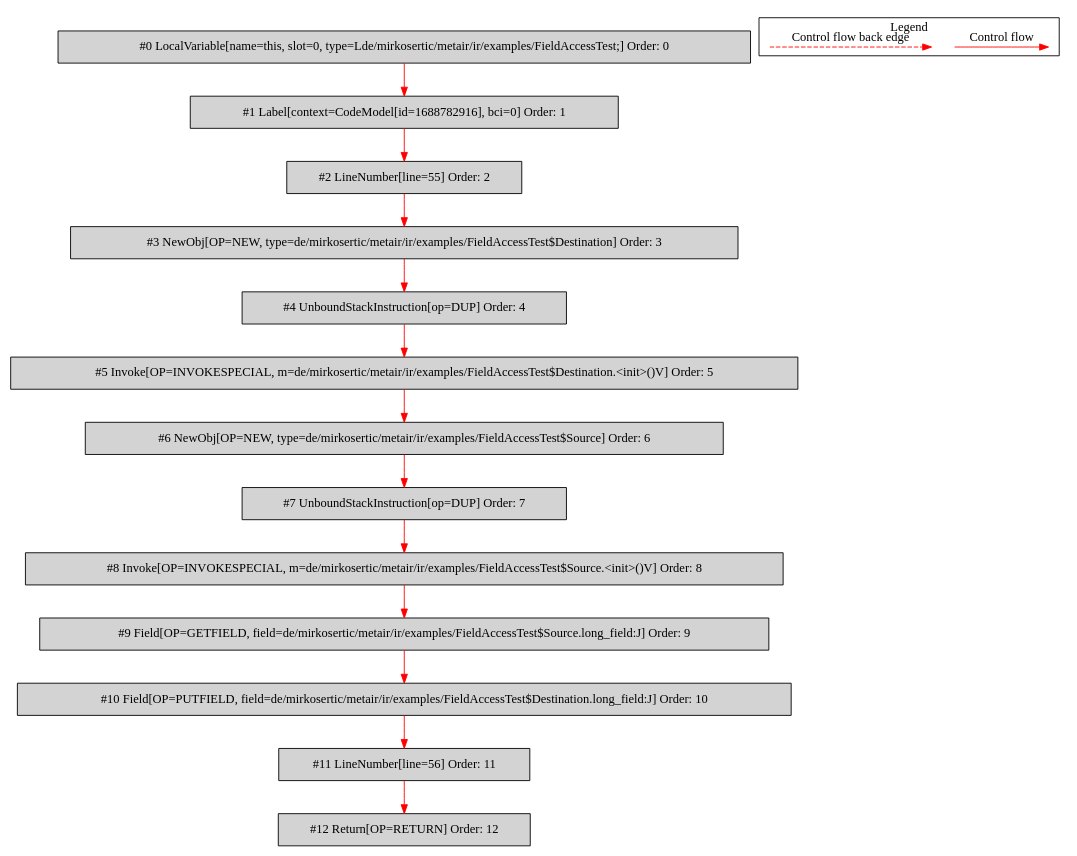
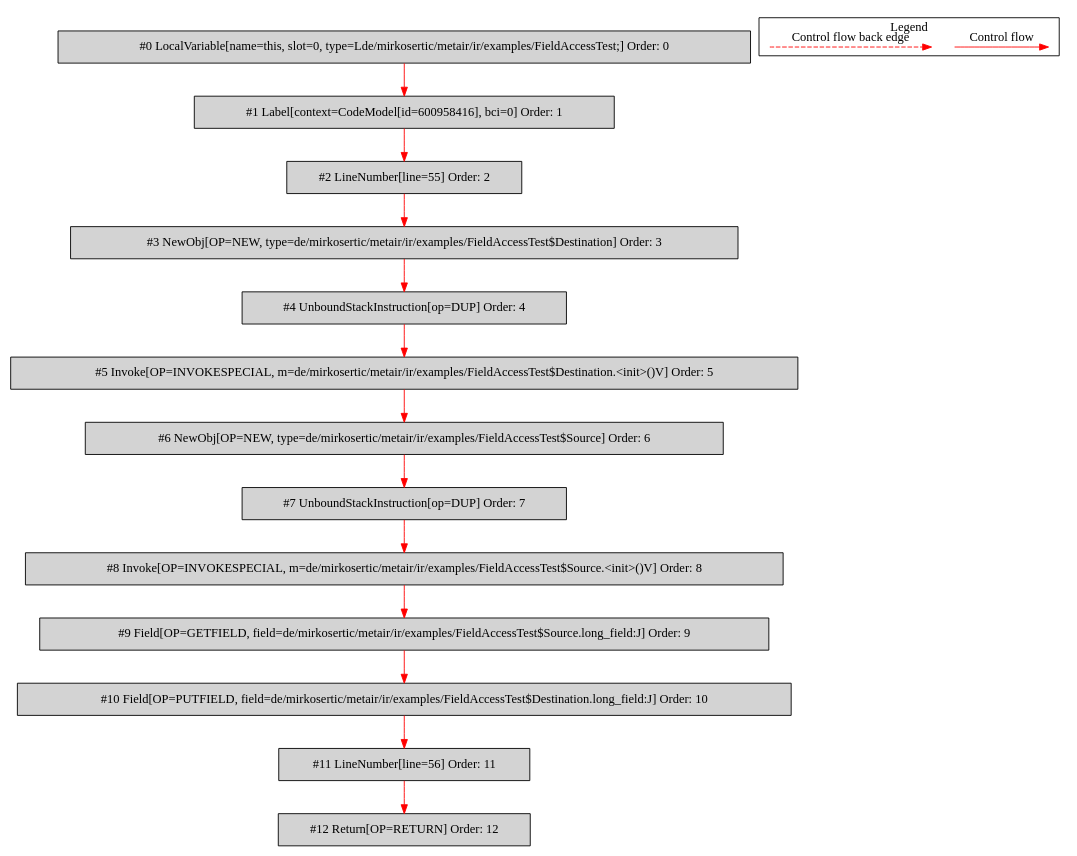
The diagram in de.mirkosertic.metair.ir.examples.FieldAccessTest/copy_long/bytecodecfg.dot (mirkosertic/MetaIR), drawn with Graphviz before and after one commit. The commit also changed 77 other files, not shown here.

```diff
--- a/de.mirkosertic.metair.ir.examples.FieldAccessTest/copy_long/bytecodecfg.dot
+++ b/de.mirkosertic.metair.ir.examples.FieldAccessTest/copy_long/bytecodecfg.dot
@@ -1,41 +1,41 @@
 digraph {
  node0[label="#0 LocalVariable[name=this, slot=0, type=Lde/mirkosertic/metair/ir/examples/FieldAccessTest;] Order: 0", shape=box, fillcolor=lightgrey, style=filled];
- node1[label="#1 Label[context=CodeModel[id=1688782916], bci=0] Order: 1", shape=box, fillcolor=lightgrey, style=filled];
+ node1[label="#1 Label[context=CodeModel[id=600958416], bci=0] Order: 1", shape=box, fillcolor=lightgrey, style=filled];
  node2[label="#2 LineNumber[line=55] Order: 2", shape=box, fillcolor=lightgrey, style=filled];
  node3[label="#3 NewObj[OP=NEW, type=de/mirkosertic/metair/ir/examples/FieldAccessTest$Destination] Order: 3", shape=box, fillcolor=lightgrey, style=filled];
  node4[label="#4 UnboundStackInstruction[op=DUP] Order: 4", shape=box, fillcolor=lightgrey, style=filled];
  node5[label="#5 Invoke[OP=INVOKESPECIAL, m=de/mirkosertic/metair/ir/examples/FieldAccessTest$Destination.<init>()V] Order: 5", shape=box, fillcolor=lightgrey, style=filled];
  node6[label="#6 NewObj[OP=NEW, type=de/mirkosertic/metair/ir/examples/FieldAccessTest$Source] Order: 6", shape=box, fillcolor=lightgrey, style=filled];
  node7[label="#7 UnboundStackInstruction[op=DUP] Order: 7", shape=box, fillcolor=lightgrey, style=filled];
  node8[label="#8 Invoke[OP=INVOKESPECIAL, m=de/mirkosertic/metair/ir/examples/FieldAccessTest$Source.<init>()V] Order: 8", shape=box, fillcolor=lightgrey, style=filled];
  node9[label="#9 Field[OP=GETFIELD, field=de/mirkosertic/metair/ir/examples/FieldAccessTest$Source.long_field:J] Order: 9", shape=box, fillcolor=lightgrey, style=filled];
  node10[label="#10 Field[OP=PUTFIELD, field=de/mirkosertic/metair/ir/examples/FieldAccessTest$Destination.long_field:J] Order: 10", shape=box, fillcolor=lightgrey, style=filled];
  node11[label="#11 LineNumber[line=56] Order: 11", shape=box, fillcolor=lightgrey, style=filled];
  node12[label="#12 Return[OP=RETURN] Order: 12", shape=box, fillcolor=lightgrey, style=filled];
  node0 -> node1[color=red];
  node1 -> node2[color=red];
  node2 -> node3[color=red];
  node3 -> node4[color=red];
  node4 -> node5[color=red];
  node5 -> node6[color=red];
  node6 -> node7[color=red];
  node7 -> node8[color=red];
  node8 -> node9[color=red];
  node9 -> node10[color=red];
  node10 -> node11[color=red];
  node11 -> node12[color=red];
  subgraph cluster_000 {
   label = "Legend";
   node [shape=point]
   {
    rank=same;
    c0 [style = invis];
    c1 [style = invis];
    c2 [style = invis];
    c3 [style = invis];
   }
   c0 -> c1 [label="Control flow", style=solid, color=red]
   c2 -> c3 [label="Control flow back edge", style=dashed, color=red]
  }
 
 }
```
